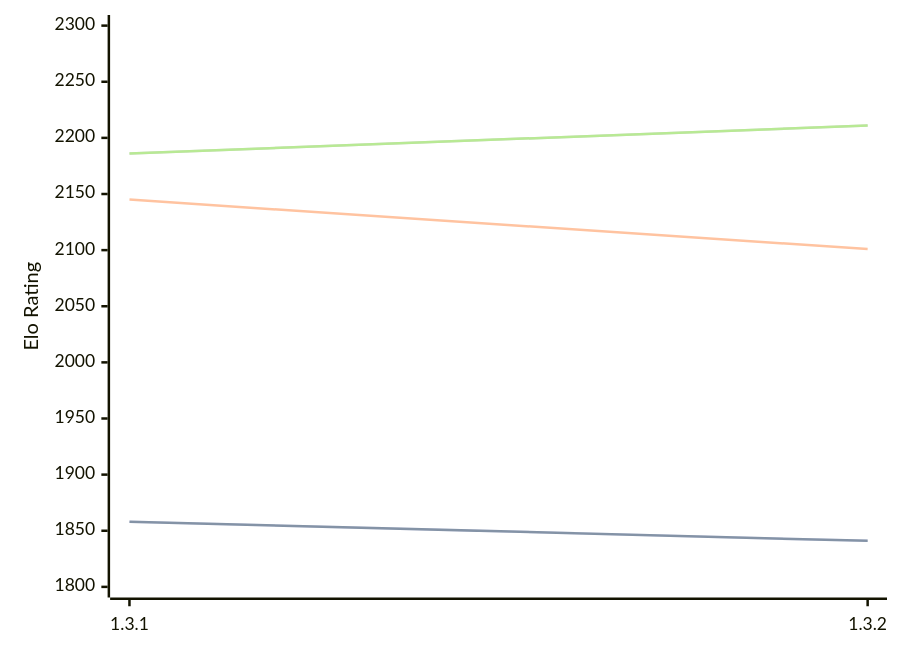
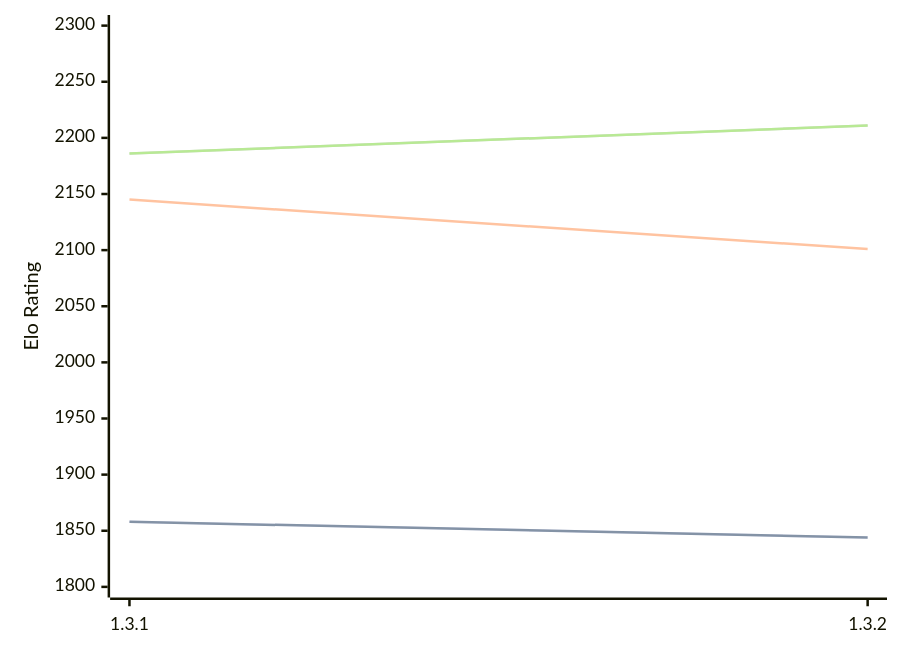
The diagram in engines/Zugblitz.md (computer-chess-index/cci), drawn with Mermaid before and after one commit. The commit also changed other lines of this file, not shown here.

````diff
--- a/engines/Zugblitz.md
+++ b/engines/Zugblitz.md
@@ -32,11 +32,11 @@
 ```mermaid
 %%{init: {"theme":"base","themeVariables":{"seriesColors:['#a3a3a3','#222221','#faa371']}}}%%
 xychart-beta
   x-axis ["1.3.1", "1.3.2"]
   y-axis "Elo Rating" 1800 --> 2300
-  line "" [1858, 1841]
-  line "STC (8.0+0.08s)" [1858, 1841]
+  line "" [1858, 1844]
+  line "STC (8.0+0.08s)" [1858, 1844]
   line "LTC (60.0+0.60s)" [2145, 2101]
   line "" [2186, 2211]
   line "VLTC (2m24s+1.12s)" [2186, 2211]
 ```
````
